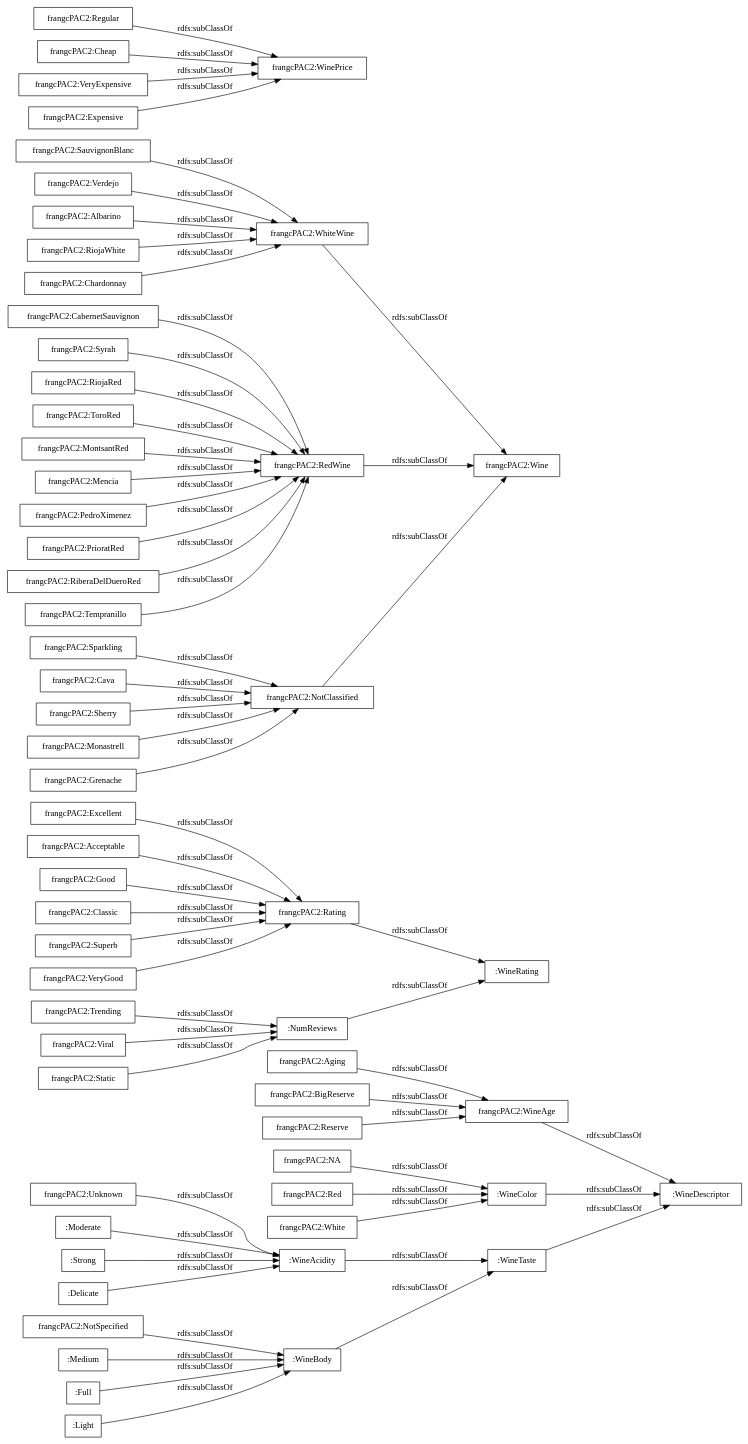
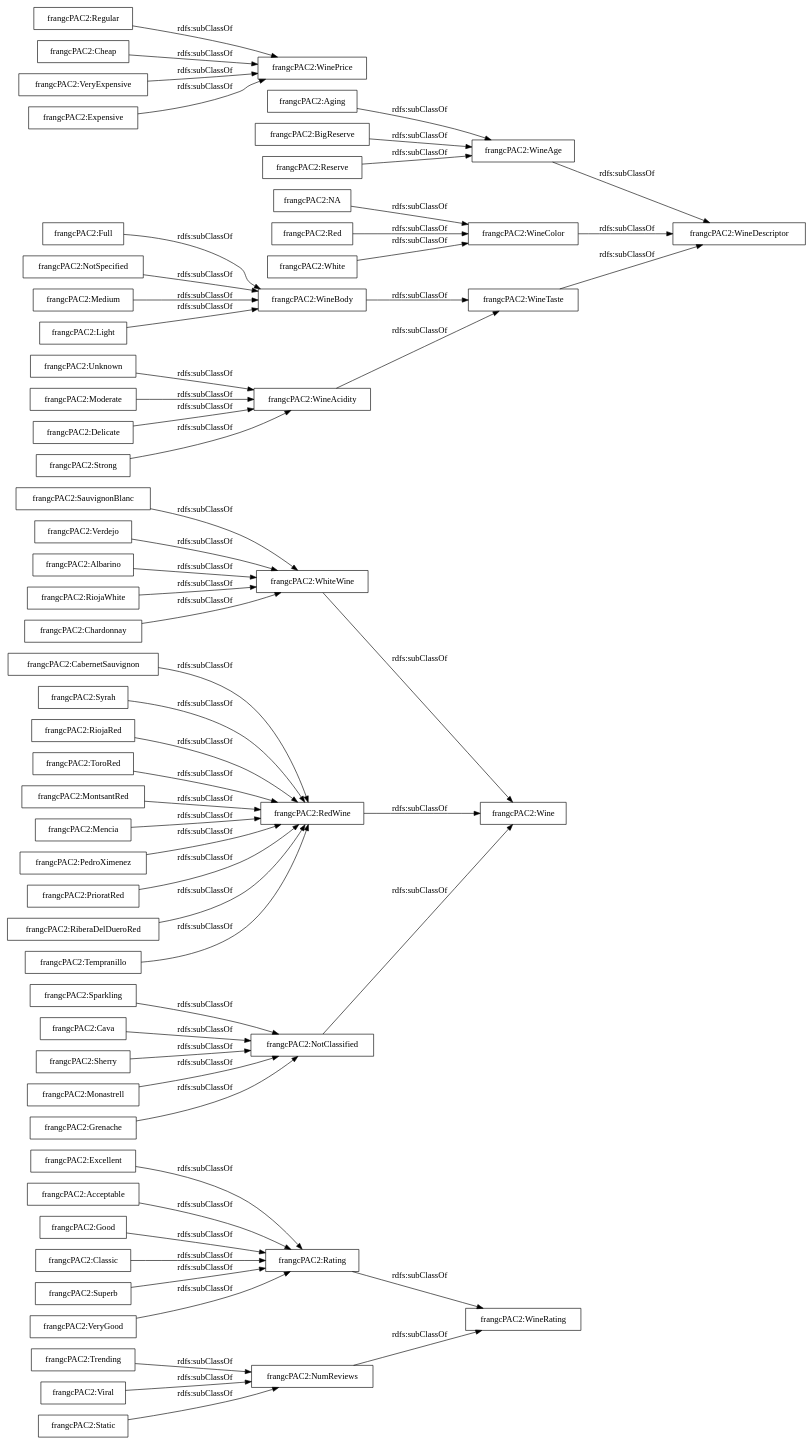
The diagram in OnToology/PAC2.rdf/diagrams/ar2dtool-taxonomy/PAC2.rdf.png.dot (frangcUOC/05581_PAC2), drawn with Graphviz before and after one commit. The commit also changed 12 other files, not shown here.

```diff
--- a/OnToology/PAC2.rdf/diagrams/ar2dtool-taxonomy/PAC2.rdf.png.dot
+++ b/OnToology/PAC2.rdf/diagrams/ar2dtool-taxonomy/PAC2.rdf.png.dot
@@ -1,63 +1,63 @@
 digraph ar2dtool_diagram { 
 rankdir=LR;
 size="1000"
-node [shape = rectangle, color="black"]; ":WineTaste" "frangcPAC2:Trending" ":WineAcidity" ":WineRating" "frangcPAC2:Sparkling" "frangcPAC2:Grenache" "frangcPAC2:Aging" "frangcPAC2:Classic" "frangcPAC2:Rating" "frangcPAC2:NotSpecified" "frangcPAC2:Superb" "frangcPAC2:CabernetSauvignon" "frangcPAC2:Regular" "frangcPAC2:Cava" "frangcPAC2:Syrah" "frangcPAC2:WinePrice" "frangcPAC2:WineAge" "frangcPAC2:Unknown" ":NumReviews" "frangcPAC2:RiojaRed" "frangcPAC2:SauvignonBlanc" ":Moderate" "frangcPAC2:WhiteWine" "frangcPAC2:ToroRed" "frangcPAC2:VeryGood" ":WineBody" ":Medium" "frangcPAC2:MontsantRed" "frangcPAC2:Verdejo" "frangcPAC2:Mencia" "frangcPAC2:Wine" "frangcPAC2:Cheap" ":Strong" "frangcPAC2:NotClassified" "frangcPAC2:Excellent" ":Full" "frangcPAC2:Acceptable" "frangcPAC2:NA" "frangcPAC2:Good" "frangcPAC2:PedroXimenez" "frangcPAC2:Albarino" "frangcPAC2:Red" ":WineDescriptor" "frangcPAC2:PrioratRed" "frangcPAC2:RiberaDelDueroRed" "frangcPAC2:BigReserve" ":WineColor" "frangcPAC2:VeryExpensive" "frangcPAC2:RiojaWhite" "frangcPAC2:Reserve" "frangcPAC2:Viral" "frangcPAC2:Expensive" ":Light" "frangcPAC2:Sherry" ":Delicate" "frangcPAC2:Static" "frangcPAC2:Tempranillo" "frangcPAC2:Monastrell" "frangcPAC2:RedWine" "frangcPAC2:White" "frangcPAC2:Chardonnay" ; /*classes style*/
+node [shape = rectangle, color="black"]; "frangcPAC2:Trending" "frangcPAC2:Sparkling" "frangcPAC2:WineAcidity" "frangcPAC2:Grenache" "frangcPAC2:NumReviews" "frangcPAC2:Full" "frangcPAC2:Aging" "frangcPAC2:Classic" "frangcPAC2:Rating" "frangcPAC2:Superb" "frangcPAC2:NotSpecified" "frangcPAC2:Medium" "frangcPAC2:CabernetSauvignon" "frangcPAC2:Regular" "frangcPAC2:WineTaste" "frangcPAC2:Cava" "frangcPAC2:Syrah" "frangcPAC2:WinePrice" "frangcPAC2:WineAge" "frangcPAC2:Unknown" "frangcPAC2:RiojaRed" "frangcPAC2:SauvignonBlanc" "frangcPAC2:WhiteWine" "frangcPAC2:Moderate" "frangcPAC2:ToroRed" "frangcPAC2:VeryGood" "frangcPAC2:MontsantRed" "frangcPAC2:Verdejo" "frangcPAC2:Mencia" "frangcPAC2:Wine" "frangcPAC2:Cheap" "frangcPAC2:NotClassified" "frangcPAC2:Excellent" "frangcPAC2:Acceptable" "frangcPAC2:NA" "frangcPAC2:Good" "frangcPAC2:PedroXimenez" "frangcPAC2:Light" "frangcPAC2:Albarino" "frangcPAC2:Red" "frangcPAC2:Delicate" "frangcPAC2:PrioratRed" "frangcPAC2:RiberaDelDueroRed" "frangcPAC2:BigReserve" "frangcPAC2:WineDescriptor" "frangcPAC2:VeryExpensive" "frangcPAC2:WineBody" "frangcPAC2:Strong" "frangcPAC2:WineColor" "frangcPAC2:RiojaWhite" "frangcPAC2:Reserve" "frangcPAC2:Viral" "frangcPAC2:Expensive" "frangcPAC2:Sherry" "frangcPAC2:Static" "frangcPAC2:WineRating" "frangcPAC2:Tempranillo" "frangcPAC2:Monastrell" "frangcPAC2:RedWine" "frangcPAC2:White" "frangcPAC2:Chardonnay" ; /*classes style*/
+	"frangcPAC2:Medium" -> "frangcPAC2:WineBody" [ label = "rdfs:subClassOf" ];
+	"frangcPAC2:WineTaste" -> "frangcPAC2:WineDescriptor" [ label = "rdfs:subClassOf" ];
 	"frangcPAC2:Cheap" -> "frangcPAC2:WinePrice" [ label = "rdfs:subClassOf" ];
-	"frangcPAC2:NotSpecified" -> ":WineBody" [ label = "rdfs:subClassOf" ];
+	"frangcPAC2:NotSpecified" -> "frangcPAC2:WineBody" [ label = "rdfs:subClassOf" ];
 	"frangcPAC2:VeryExpensive" -> "frangcPAC2:WinePrice" [ label = "rdfs:subClassOf" ];
 	"frangcPAC2:BigReserve" -> "frangcPAC2:WineAge" [ label = "rdfs:subClassOf" ];
-	"frangcPAC2:WineAge" -> ":WineDescriptor" [ label = "rdfs:subClassOf" ];
-	":Light" -> ":WineBody" [ label = "rdfs:subClassOf" ];
-	":Full" -> ":WineBody" [ label = "rdfs:subClassOf" ];
+	"frangcPAC2:WineAge" -> "frangcPAC2:WineDescriptor" [ label = "rdfs:subClassOf" ];
+	"frangcPAC2:Strong" -> "frangcPAC2:WineAcidity" [ label = "rdfs:subClassOf" ];
 	"frangcPAC2:Albarino" -> "frangcPAC2:WhiteWine" [ label = "rdfs:subClassOf" ];
 	"frangcPAC2:Sparkling" -> "frangcPAC2:NotClassified" [ label = "rdfs:subClassOf" ];
-	"frangcPAC2:Viral" -> ":NumReviews" [ label = "rdfs:subClassOf" ];
+	"frangcPAC2:Viral" -> "frangcPAC2:NumReviews" [ label = "rdfs:subClassOf" ];
 	"frangcPAC2:WhiteWine" -> "frangcPAC2:Wine" [ label = "rdfs:subClassOf" ];
 	"frangcPAC2:Verdejo" -> "frangcPAC2:WhiteWine" [ label = "rdfs:subClassOf" ];
 	"frangcPAC2:RiojaWhite" -> "frangcPAC2:WhiteWine" [ label = "rdfs:subClassOf" ];
-	":Moderate" -> ":WineAcidity" [ label = "rdfs:subClassOf" ];
+	"frangcPAC2:Full" -> "frangcPAC2:WineBody" [ label = "rdfs:subClassOf" ];
 	"frangcPAC2:SauvignonBlanc" -> "frangcPAC2:WhiteWine" [ label = "rdfs:subClassOf" ];
 	"frangcPAC2:PedroXimenez" -> "frangcPAC2:RedWine" [ label = "rdfs:subClassOf" ];
 	"frangcPAC2:Tempranillo" -> "frangcPAC2:RedWine" [ label = "rdfs:subClassOf" ];
 	"frangcPAC2:NotClassified" -> "frangcPAC2:Wine" [ label = "rdfs:subClassOf" ];
 	"frangcPAC2:Sherry" -> "frangcPAC2:NotClassified" [ label = "rdfs:subClassOf" ];
 	"frangcPAC2:Monastrell" -> "frangcPAC2:NotClassified" [ label = "rdfs:subClassOf" ];
-	"frangcPAC2:White" -> ":WineColor" [ label = "rdfs:subClassOf" ];
+	"frangcPAC2:White" -> "frangcPAC2:WineColor" [ label = "rdfs:subClassOf" ];
 	"frangcPAC2:Good" -> "frangcPAC2:Rating" [ label = "rdfs:subClassOf" ];
 	"frangcPAC2:RiberaDelDueroRed" -> "frangcPAC2:RedWine" [ label = "rdfs:subClassOf" ];
 	"frangcPAC2:Regular" -> "frangcPAC2:WinePrice" [ label = "rdfs:subClassOf" ];
 	"frangcPAC2:Syrah" -> "frangcPAC2:RedWine" [ label = "rdfs:subClassOf" ];
 	"frangcPAC2:Classic" -> "frangcPAC2:Rating" [ label = "rdfs:subClassOf" ];
 	"frangcPAC2:CabernetSauvignon" -> "frangcPAC2:RedWine" [ label = "rdfs:subClassOf" ];
-	":Delicate" -> ":WineAcidity" [ label = "rdfs:subClassOf" ];
 	"frangcPAC2:Reserve" -> "frangcPAC2:WineAge" [ label = "rdfs:subClassOf" ];
 	"frangcPAC2:MontsantRed" -> "frangcPAC2:RedWine" [ label = "rdfs:subClassOf" ];
-	"frangcPAC2:Red" -> ":WineColor" [ label = "rdfs:subClassOf" ];
-	"frangcPAC2:Unknown" -> ":WineAcidity" [ label = "rdfs:subClassOf" ];
+	"frangcPAC2:Red" -> "frangcPAC2:WineColor" [ label = "rdfs:subClassOf" ];
+	"frangcPAC2:Unknown" -> "frangcPAC2:WineAcidity" [ label = "rdfs:subClassOf" ];
 	"frangcPAC2:Grenache" -> "frangcPAC2:NotClassified" [ label = "rdfs:subClassOf" ];
-	":Medium" -> ":WineBody" [ label = "rdfs:subClassOf" ];
 	"frangcPAC2:VeryGood" -> "frangcPAC2:Rating" [ label = "rdfs:subClassOf" ];
-	"frangcPAC2:Static" -> ":NumReviews" [ label = "rdfs:subClassOf" ];
+	"frangcPAC2:Static" -> "frangcPAC2:NumReviews" [ label = "rdfs:subClassOf" ];
 	"frangcPAC2:Aging" -> "frangcPAC2:WineAge" [ label = "rdfs:subClassOf" ];
-	"frangcPAC2:NA" -> ":WineColor" [ label = "rdfs:subClassOf" ];
-	":WineColor" -> ":WineDescriptor" [ label = "rdfs:subClassOf" ];
+	"frangcPAC2:WineBody" -> "frangcPAC2:WineTaste" [ label = "rdfs:subClassOf" ];
+	"frangcPAC2:NA" -> "frangcPAC2:WineColor" [ label = "rdfs:subClassOf" ];
 	"frangcPAC2:Superb" -> "frangcPAC2:Rating" [ label = "rdfs:subClassOf" ];
-	":Strong" -> ":WineAcidity" [ label = "rdfs:subClassOf" ];
+	"frangcPAC2:Moderate" -> "frangcPAC2:WineAcidity" [ label = "rdfs:subClassOf" ];
 	"frangcPAC2:Mencia" -> "frangcPAC2:RedWine" [ label = "rdfs:subClassOf" ];
 	"frangcPAC2:Cava" -> "frangcPAC2:NotClassified" [ label = "rdfs:subClassOf" ];
 	"frangcPAC2:Chardonnay" -> "frangcPAC2:WhiteWine" [ label = "rdfs:subClassOf" ];
 	"frangcPAC2:RiojaRed" -> "frangcPAC2:RedWine" [ label = "rdfs:subClassOf" ];
+	"frangcPAC2:WineAcidity" -> "frangcPAC2:WineTaste" [ label = "rdfs:subClassOf" ];
 	"frangcPAC2:RedWine" -> "frangcPAC2:Wine" [ label = "rdfs:subClassOf" ];
-	":WineTaste" -> ":WineDescriptor" [ label = "rdfs:subClassOf" ];
-	":NumReviews" -> ":WineRating" [ label = "rdfs:subClassOf" ];
+	"frangcPAC2:NumReviews" -> "frangcPAC2:WineRating" [ label = "rdfs:subClassOf" ];
+	"frangcPAC2:Delicate" -> "frangcPAC2:WineAcidity" [ label = "rdfs:subClassOf" ];
 	"frangcPAC2:Excellent" -> "frangcPAC2:Rating" [ label = "rdfs:subClassOf" ];
 	"frangcPAC2:Expensive" -> "frangcPAC2:WinePrice" [ label = "rdfs:subClassOf" ];
-	":WineBody" -> ":WineTaste" [ label = "rdfs:subClassOf" ];
-	"frangcPAC2:Rating" -> ":WineRating" [ label = "rdfs:subClassOf" ];
+	"frangcPAC2:WineColor" -> "frangcPAC2:WineDescriptor" [ label = "rdfs:subClassOf" ];
+	"frangcPAC2:Rating" -> "frangcPAC2:WineRating" [ label = "rdfs:subClassOf" ];
 	"frangcPAC2:Acceptable" -> "frangcPAC2:Rating" [ label = "rdfs:subClassOf" ];
-	":WineAcidity" -> ":WineTaste" [ label = "rdfs:subClassOf" ];
+	"frangcPAC2:Light" -> "frangcPAC2:WineBody" [ label = "rdfs:subClassOf" ];
 	"frangcPAC2:ToroRed" -> "frangcPAC2:RedWine" [ label = "rdfs:subClassOf" ];
 	"frangcPAC2:PrioratRed" -> "frangcPAC2:RedWine" [ label = "rdfs:subClassOf" ];
-	"frangcPAC2:Trending" -> ":NumReviews" [ label = "rdfs:subClassOf" ];
+	"frangcPAC2:Trending" -> "frangcPAC2:NumReviews" [ label = "rdfs:subClassOf" ];
 
 }
```
